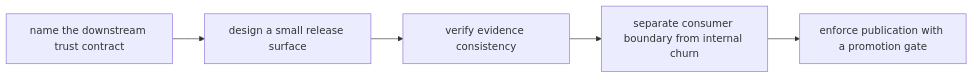
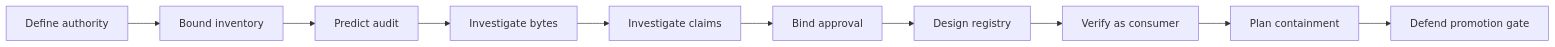
The second of 2 diagrams in programs/reproducible-research/deep-dive-dvc/course-book/module-09-promotion-registry-boundaries-auditability/exercises.md (bijux/bijux-masterclass), drawn with Mermaid before and after one commit. The commit also changed other lines of this file, not shown here.

Commit message:
docs(dvc): make promotion practice evidence driven

````diff
--- a/programs/reproducible-research/deep-dive-dvc/course-book/module-09-promotion-registry-boundaries-auditability/exercises.md
+++ b/programs/reproducible-research/deep-dive-dvc/course-book/module-09-promotion-registry-boundaries-auditability/exercises.md
@@ -19,7 +17,12 @@
 ```mermaid
 flowchart LR
-  contract["name the downstream trust contract"] --> surface["design a small release surface"]
-  surface --> audit["verify evidence consistency"]
-  audit --> boundary["separate consumer boundary from internal churn"]
-  boundary --> gate["enforce publication with a promotion gate"]
+  contract["Define authority"] --> inventory["Bound inventory"]
+  inventory --> predict["Predict audit"]
+  predict --> integrity["Investigate bytes"]
+  integrity --> meaning["Investigate claims"]
+  meaning --> approval["Bind approval"]
+  approval --> registry["Design registry"]
+  registry --> consume["Verify as consumer"]
+  consume --> incident["Plan containment"]
+  incident --> gate["Defend promotion gate"]
 ```
````
